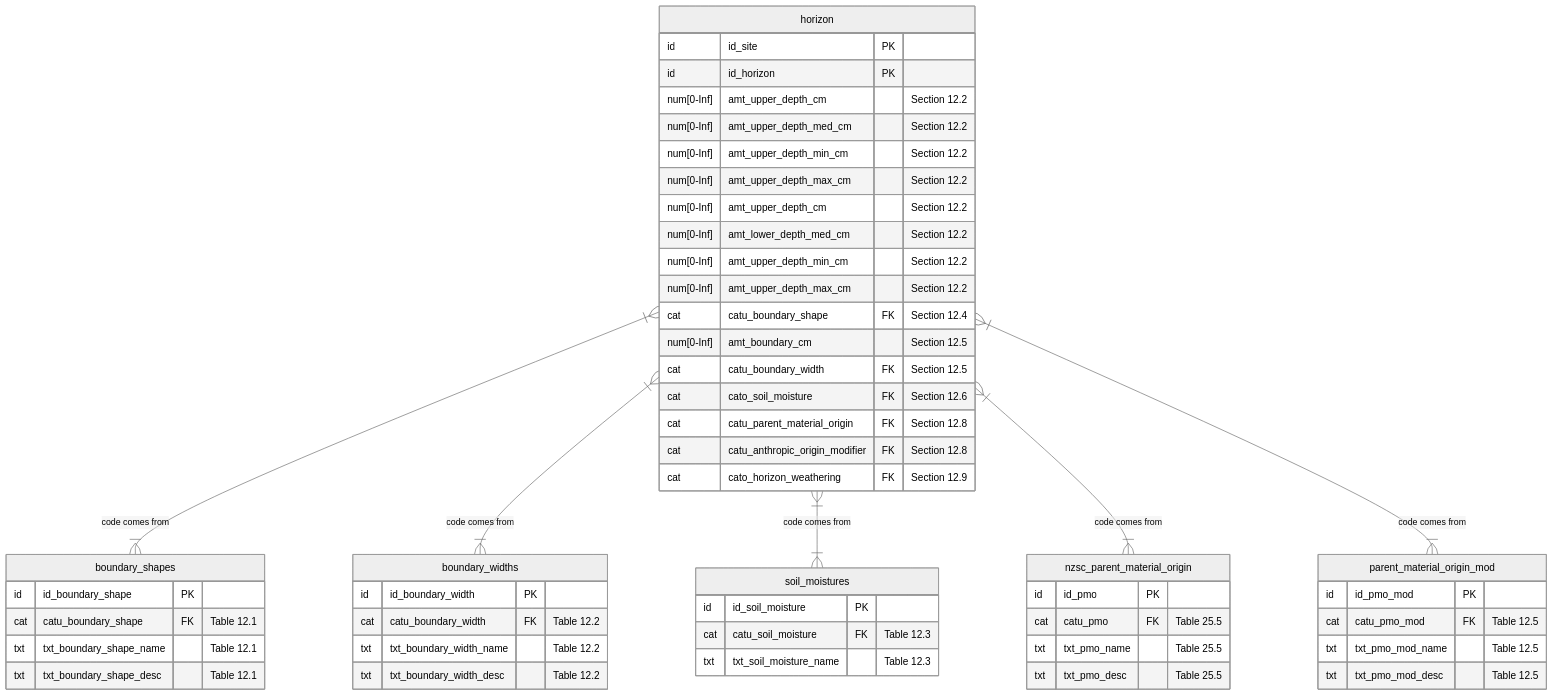
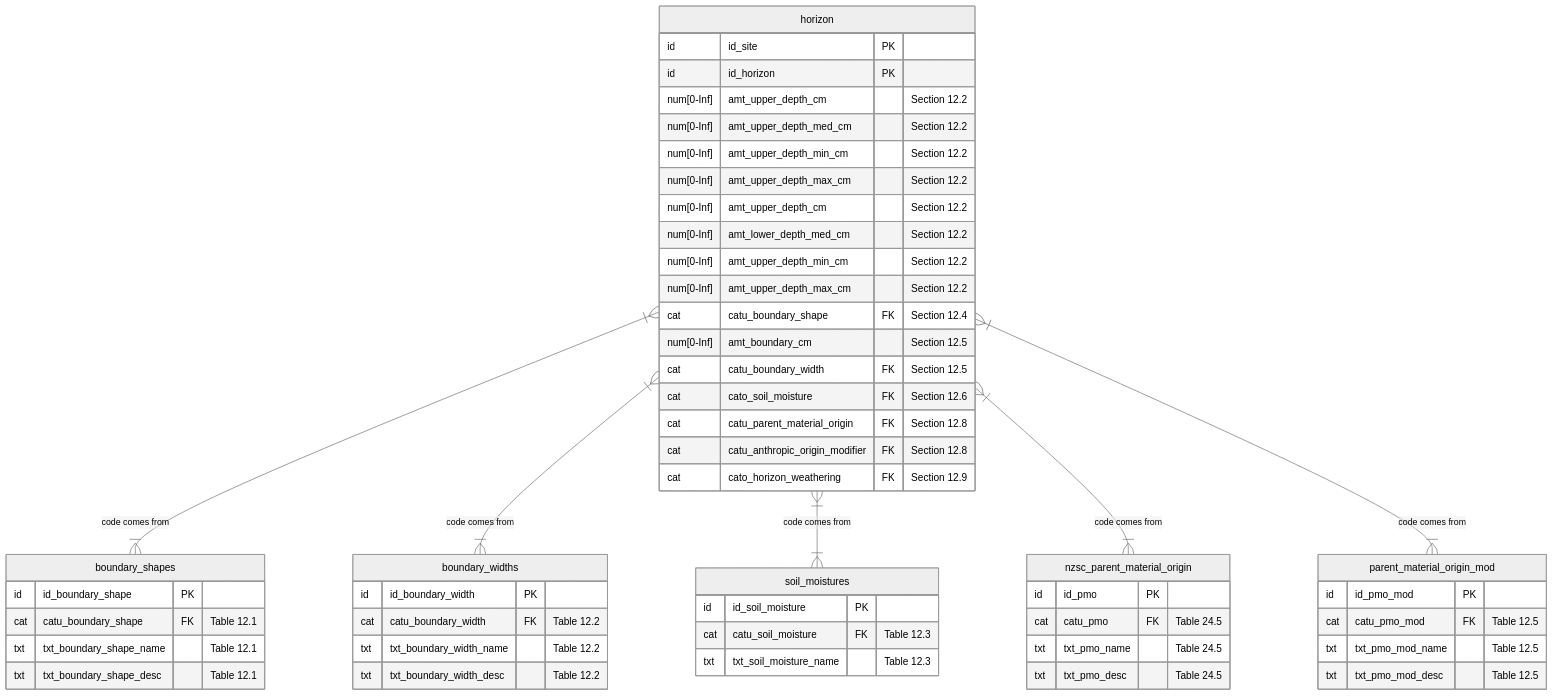
Before and after one commit to manaakiwhenua/NZ_soildesc_2024: the ninth of 25 diagrams in ap_03_database_design.qmd, drawn with Mermaid (neutral theme). The commit also changed other lines of this file and 5 other files, not shown here.

````diff
--- a/ap_03_database_design.qmd
+++ b/ap_03_database_design.qmd
@@ -666,68 +666,68 @@
 ```{mermaid}
 %%| fig-cap: "Horizon - Details"
 
 %%{ init: { 'er': { 'layoutDirection': 'LR' } } }%%
 erDiagram
   horizon }|--|{ boundary_shapes : "code comes from"
   horizon }|--|{ boundary_widths : "code comes from"
   horizon }|--|{ soil_moistures : "code comes from"
   horizon }|--|{ nzsc_parent_material_origin : "code comes from"
   horizon }|--|{ parent_material_origin_mod : "code comes from"
   
   horizon {
   id         id_site PK
   id         id_horizon PK
   num[0-Inf] amt_upper_depth_cm      "Section 12.2"
   num[0-Inf] amt_upper_depth_med_cm  "Section 12.2"
   num[0-Inf] amt_upper_depth_min_cm  "Section 12.2"
   num[0-Inf] amt_upper_depth_max_cm  "Section 12.2"
   num[0-Inf] amt_upper_depth_cm      "Section 12.2"
   num[0-Inf] amt_lower_depth_med_cm  "Section 12.2"
   num[0-Inf] amt_upper_depth_min_cm  "Section 12.2"
   num[0-Inf] amt_upper_depth_max_cm  "Section 12.2"
   cat        catu_boundary_shape FK  "Section 12.4"
   num[0-Inf] amt_boundary_cm         "Section 12.5"
   cat        catu_boundary_width FK  "Section 12.5" 
   cat        cato_soil_moisture FK   "Section 12.6"
   %% pmo %%
   cat        catu_parent_material_origin FK    "Section 12.8"
   cat        catu_anthropic_origin_modifier FK "Section 12.8"
   %% weathering %%
   cat        cato_horizon_weathering FK  "Section 12.9"
   }
   
   boundary_shapes {
     id          id_boundary_shape PK
     cat         catu_boundary_shape FK       "Table 12.1"
     txt         txt_boundary_shape_name      "Table 12.1"
     txt         txt_boundary_shape_desc      "Table 12.1"
   }
  
   boundary_widths {
     id          id_boundary_width PK
     cat         catu_boundary_width FK       "Table 12.2"
     txt         txt_boundary_width_name      "Table 12.2"
     txt         txt_boundary_width_desc      "Table 12.2"
   } 
   
   soil_moistures {
     id          id_soil_moisture PK
     cat         catu_soil_moisture FK       "Table 12.3"
     txt         txt_soil_moisture_name      "Table 12.3"
   }
   
   nzsc_parent_material_origin {
     id          id_pmo PK
-    cat         catu_pmo FK             "Table 25.5"
-    txt         txt_pmo_name            "Table 25.5"
-    txt         txt_pmo_desc            "Table 25.5"  
+    cat         catu_pmo FK             "Table 24.5"
+    txt         txt_pmo_name            "Table 24.5"
+    txt         txt_pmo_desc            "Table 24.5"  
   }
   
   parent_material_origin_mod {
     id          id_pmo_mod PK
     cat         catu_pmo_mod FK         "Table 12.5"
     txt         txt_pmo_mod_name        "Table 12.5"
     txt         txt_pmo_mod_desc        "Table 12.5"  
   }
   
 ```
````
